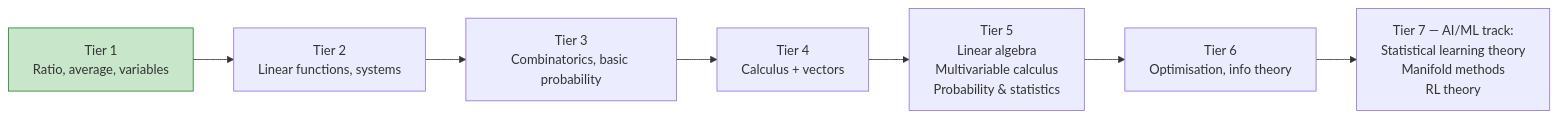
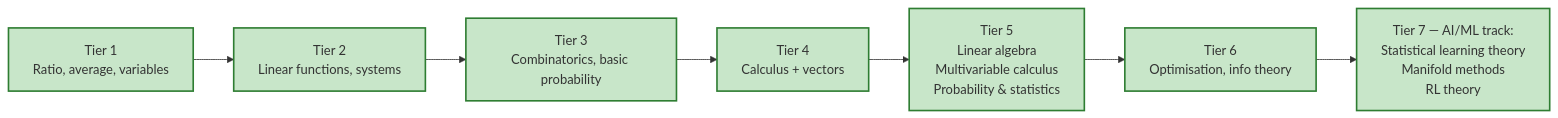
The diagram in applied-bridges/ai-ml.qmd (rajeshpillai/applied-maths), drawn with Mermaid before and after one commit. The commit also changed other lines of this file and 5 other files, not shown here.

````diff
--- a/applied-bridges/ai-ml.qmd
+++ b/applied-bridges/ai-ml.qmd
@@ -21,12 +21,12 @@
 ```{mermaid}
 flowchart LR
     A[Tier 1<br/>Ratio, average, variables] --> B[Tier 2<br/>Linear functions, systems]
     B --> C[Tier 3<br/>Combinatorics, basic probability]
     C --> D[Tier 4<br/>Calculus + vectors]
     D --> E[Tier 5<br/>Linear algebra<br/>Multivariable calculus<br/>Probability & statistics]
     E --> F[Tier 6<br/>Optimisation, info theory]
     F --> G[Tier 7 — AI/ML track:<br/>Statistical learning theory<br/>Manifold methods<br/>RL theory]
 
-    classDef built fill:#c8e6c9,stroke:#2e7d32
-    class A built
+    classDef built fill:#c8e6c9,stroke:#2e7d32,stroke-width:2px
+    class A,B,C,D,E,F,G built
 ```
````
